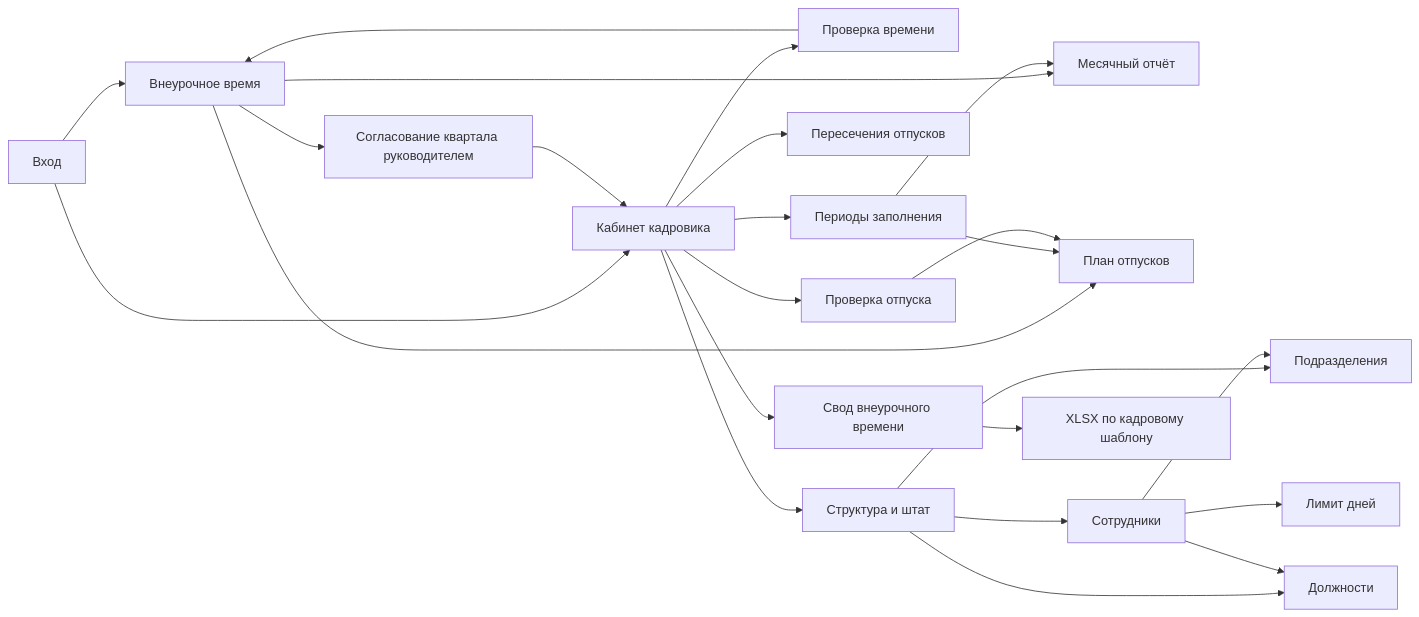
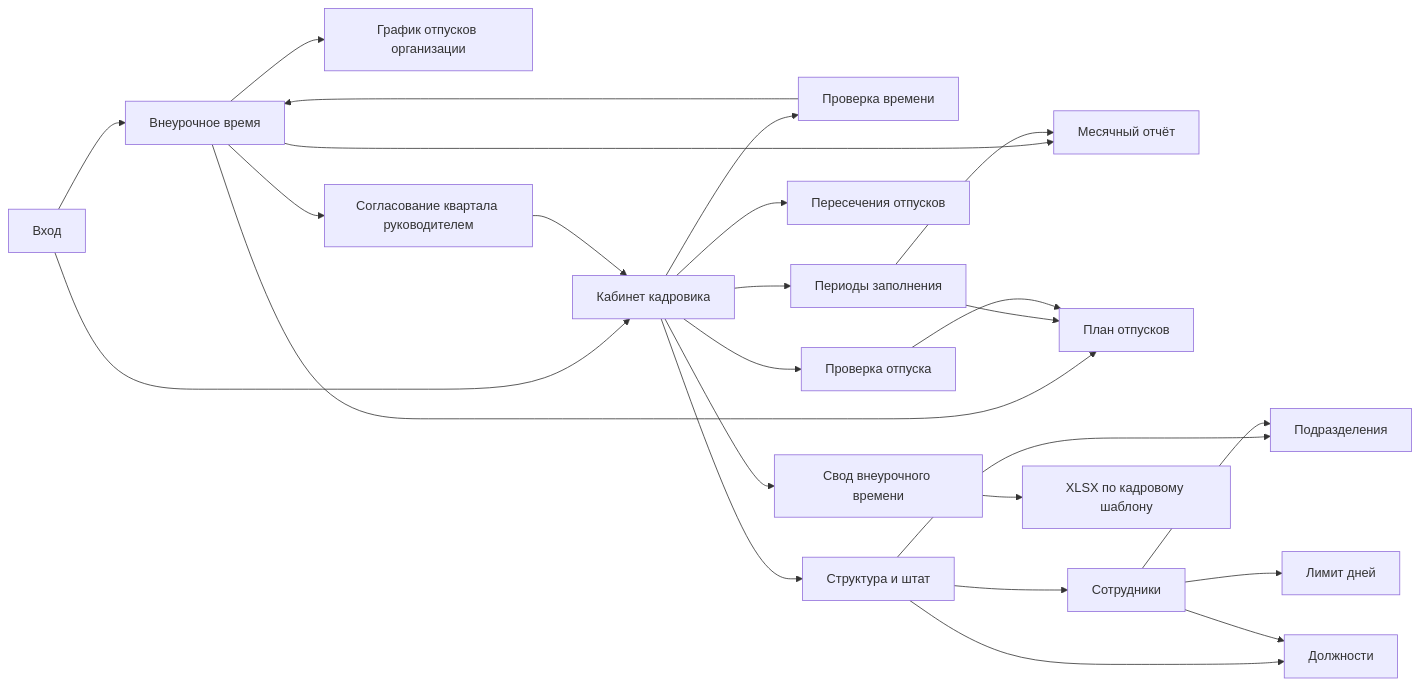
Before and after one commit to BillShifr/work-calendar: the first of 2 diagrams in docs/PRODUCT_FLOW_MAP.md, drawn with Mermaid. The commit also changed other lines of this file and 14 other files, not shown here.

First line of the commit message:
feat: plates header and organization vacation board

````diff
--- a/docs/PRODUCT_FLOW_MAP.md
+++ b/docs/PRODUCT_FLOW_MAP.md
@@ -9,27 +9,28 @@
 ```mermaid
 flowchart LR
   Login[Вход] --> EmployeeHome[Внеурочное время]
   EmployeeHome --> OvertimeMonth[Месячный отчёт]
   EmployeeHome --> VacationPlan[План отпусков]
+  EmployeeHome --> VacationBoard[График отпусков организации]
   EmployeeHome --> DepartmentApproval[Согласование квартала руководителем]
 
   Login --> HrHome[Кабинет кадровика]
   DepartmentApproval --> HrHome
   HrHome --> OvertimeReview[Проверка времени]
   HrHome --> VacationReview[Проверка отпуска]
   HrHome --> Overlap[Пересечения отпусков]
   HrHome --> Workforce[Структура и штат]
   Workforce --> Employees[Сотрудники]
   Workforce --> Departments[Подразделения]
   Workforce --> JobTitles[Должности]
   HrHome --> EntryWindows[Периоды заполнения]
   HrHome --> OvertimeSummary[Свод внеурочного времени]
   OvertimeSummary --> ExcelExport[XLSX по кадровому шаблону]
   EntryWindows --> VacationPlan
   EntryWindows --> OvertimeMonth
   Employees --> Departments
   Employees --> JobTitles
   Employees --> VacationAllowance[Лимит дней]
   OvertimeReview --> EmployeeHome
   VacationReview --> VacationPlan
 ```
````
